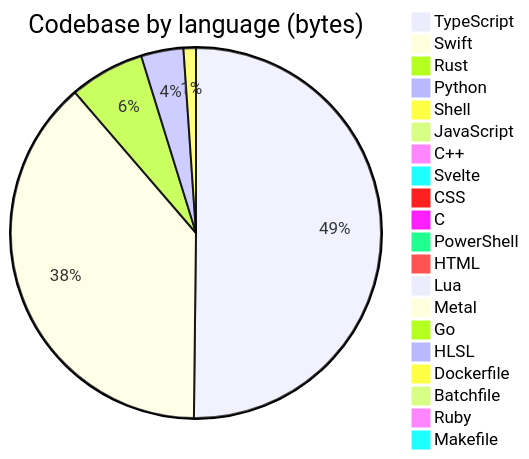
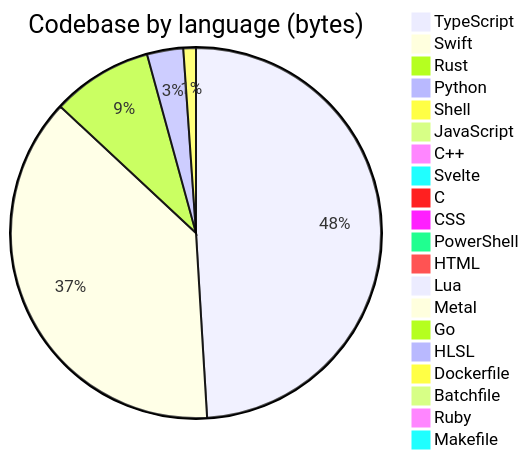
One commit to Open330/.github changed the diagram in profile/README.md. Above: the diagram before and after it, drawn with Mermaid. The commit also changed other lines of this file, not shown here.

````diff
--- a/profile/README.md
+++ b/profile/README.md
@@ -132,23 +132,23 @@
 ```mermaid
 pie title Codebase by language (bytes)
     "TypeScript" : 34829859
-    "Swift" : 26727247
-    "Rust" : 4535624
-    "Python" : 2564834
-    "Shell" : 753238
+    "Swift" : 26915030
+    "Rust" : 6247760
+    "Python" : 2245532
+    "Shell" : 779685
     "JavaScript" : 408382
     "C++" : 388775
     "Svelte" : 275766
+    "C" : 182336
     "CSS" : 152218
-    "C" : 118462
     "PowerShell" : 98688
     "HTML" : 92692
     "Lua" : 48814
     "Metal" : 33192
     "Go" : 22811
     "HLSL" : 7527
     "Dockerfile" : 6524
     "Batchfile" : 5660
     "Ruby" : 3229
     "Makefile" : 1307
 ```
````
